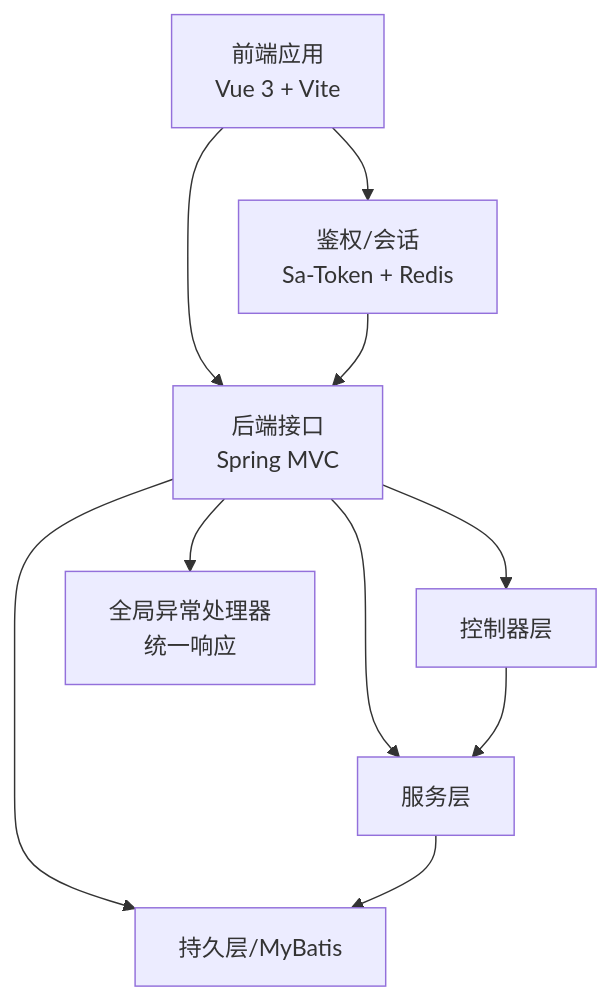
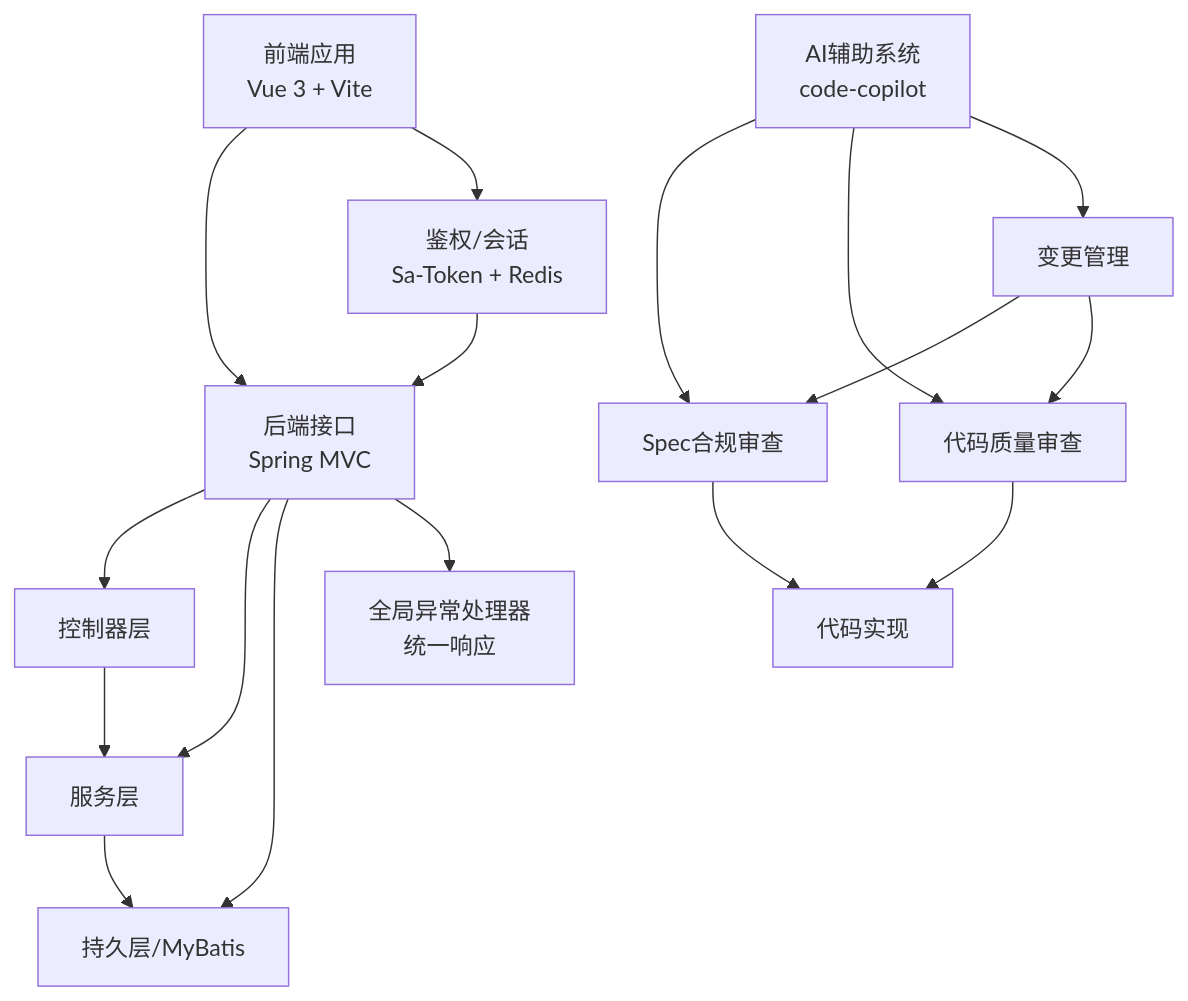
One commit to yaomindong1996/forge-admin changed the second of 8 diagrams in .qoder/repowiki/zh/content/开发指南/开发指南.md. Above: the diagram before and after it, drawn with Mermaid. The commit also changed other lines of this file and 57 other files, not shown here.

````diff
--- a/.qoder/repowiki/zh/content/开发指南/开发指南.md
+++ b/.qoder/repowiki/zh/content/开发指南/开发指南.md
@@ -81,12 +113,19 @@
 ```mermaid
 graph TB
 FE["前端应用<br/>Vue 3 + Vite"] --> API["后端接口<br/>Spring MVC"]
 API --> CTRL["控制器层"]
 API --> SVC["服务层"]
 API --> MAPPER["持久层/MyBatis"]
 CTRL --> SVC
 SVC --> MAPPER
 API --> EX["全局异常处理器<br/>统一响应"]
 FE --> AUTH["鉴权/会话<br/>Sa-Token + Redis"]
 AUTH --> API
+AI["AI辅助系统<br/>code-copilot"] --> SPEC["Spec合规审查"]
+AI --> QUALITY["代码质量审查"]
+AI --> CHANGE["变更管理"]
+SPEC --> CODE["代码实现"]
+QUALITY --> CODE
+CHANGE --> SPEC
+CHANGE --> QUALITY
 ```
````
